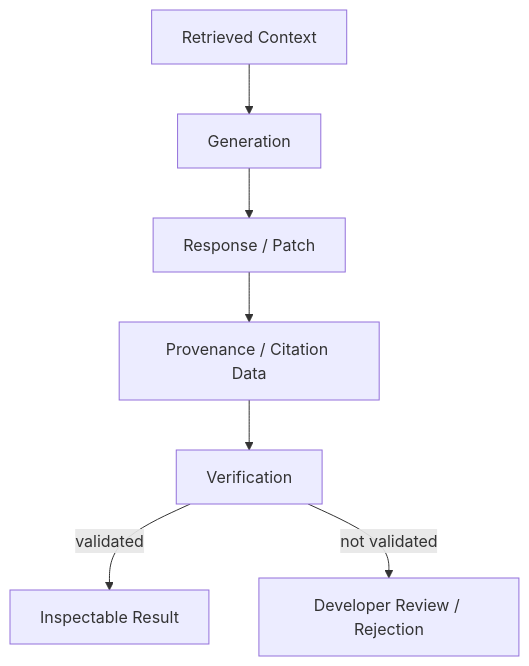
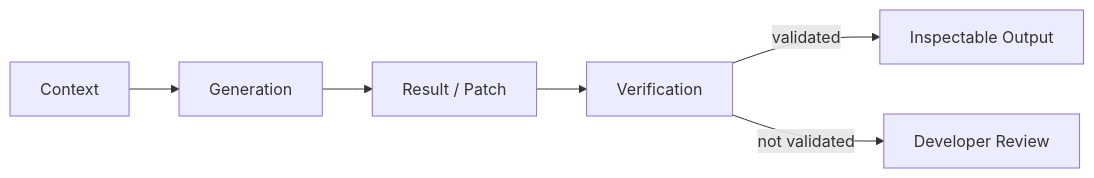
One commit to sharfuddin18/Codemaster-Ai changed the second of 3 diagrams in README.md. Above: the diagram before and after it, drawn with Mermaid. The commit also changed other lines of this file, not shown here.

````diff
--- a/README.md
+++ b/README.md
@@ -258,9 +180,8 @@
 ```mermaid
-flowchart TD
-    CTX[Retrieved Context] --> GEN[Generation]
-    GEN --> RESP[Response / Patch]
-    RESP --> PROV[Provenance / Citation Data]
-    PROV --> VERIFY[Verification]
-    VERIFY -->|validated| OUT[Inspectable Result]
-    VERIFY -->|not validated| REVIEW[Developer Review / Rejection]
+flowchart LR
+    C[Context] --> G[Generation]
+    G --> P[Result / Patch]
+    P --> V[Verification]
+    V -->|validated| O[Inspectable Output]
+    V -->|not validated| R[Developer Review]
 ```
````
